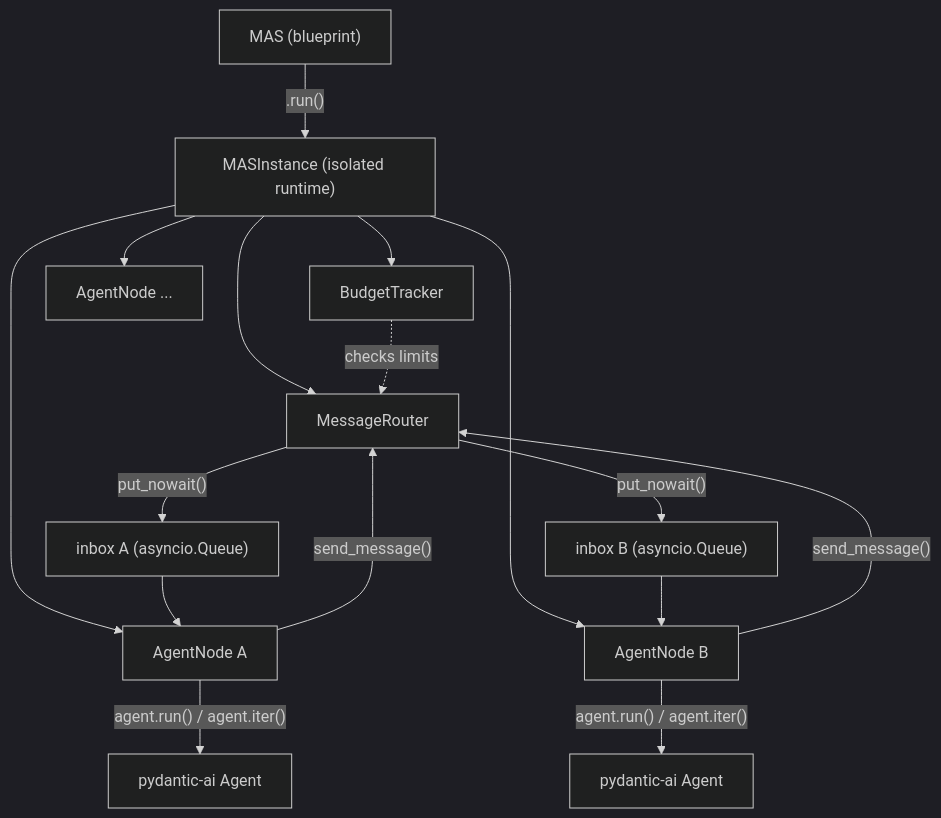
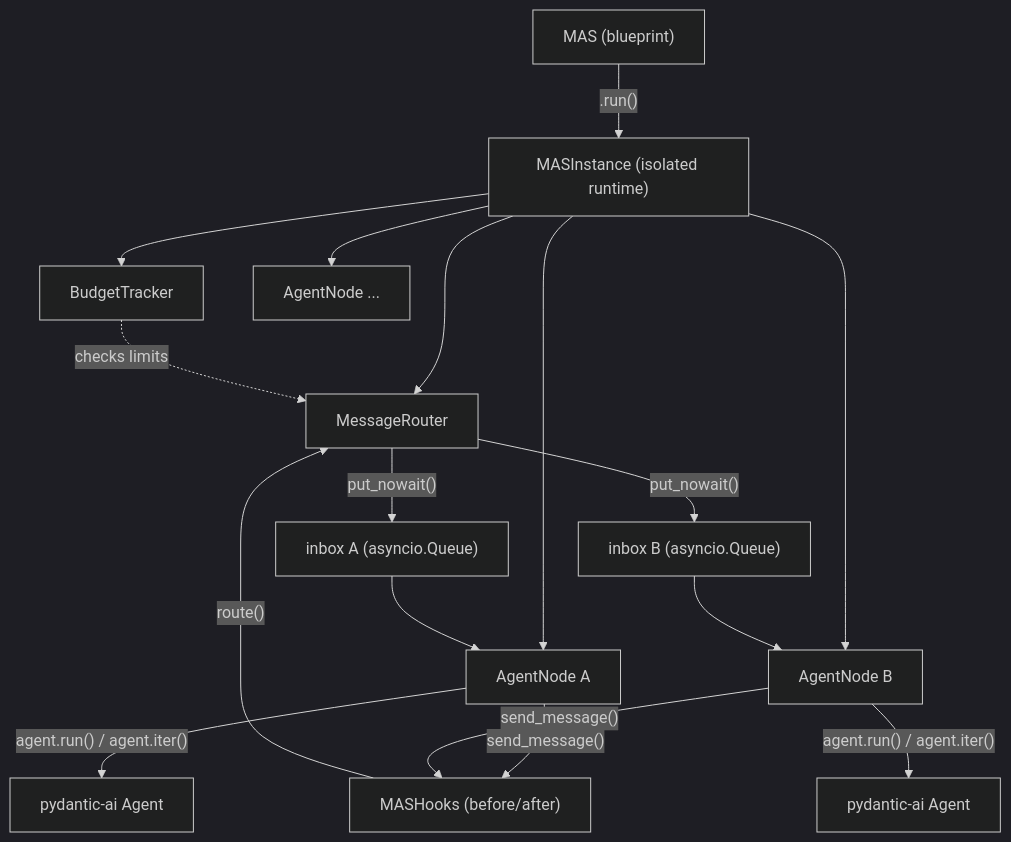
Before and after one commit to tolgaerdonmez/pydantic-mas: the diagram in README.md, drawn with Mermaid (dark theme). The commit also changed other lines of this file and 9 other files, not shown here.

````diff
--- a/README.md
+++ b/README.md
@@ -161,24 +193,25 @@
 ```mermaid
 graph TD
     MAS["MAS (blueprint)"]
     MAS -->|".run()"| Instance["MASInstance (isolated runtime)"]
 
     Instance --> Router["MessageRouter"]
     Instance --> Tracker["BudgetTracker"]
     Instance --> NodeA["AgentNode A"]
     Instance --> NodeB["AgentNode B"]
     Instance --> NodeN["AgentNode ..."]
 
-    NodeA -->|"send_message()"| Router
-    NodeB -->|"send_message()"| Router
+    NodeA -->|"send_message()"| Hooks["MASHooks (before/after)"]
+    NodeB -->|"send_message()"| Hooks
+    Hooks -->|"route()"| Router
     Router -->|"put_nowait()"| InboxA["inbox A (asyncio.Queue)"]
     Router -->|"put_nowait()"| InboxB["inbox B (asyncio.Queue)"]
 
     InboxA --> NodeA
     InboxB --> NodeB
 
     NodeA -->|"agent.run() / agent.iter()"| LLM_A["pydantic-ai Agent"]
     NodeB -->|"agent.run() / agent.iter()"| LLM_B["pydantic-ai Agent"]
 
     Tracker -.->|"checks limits"| Router
 ```
````
